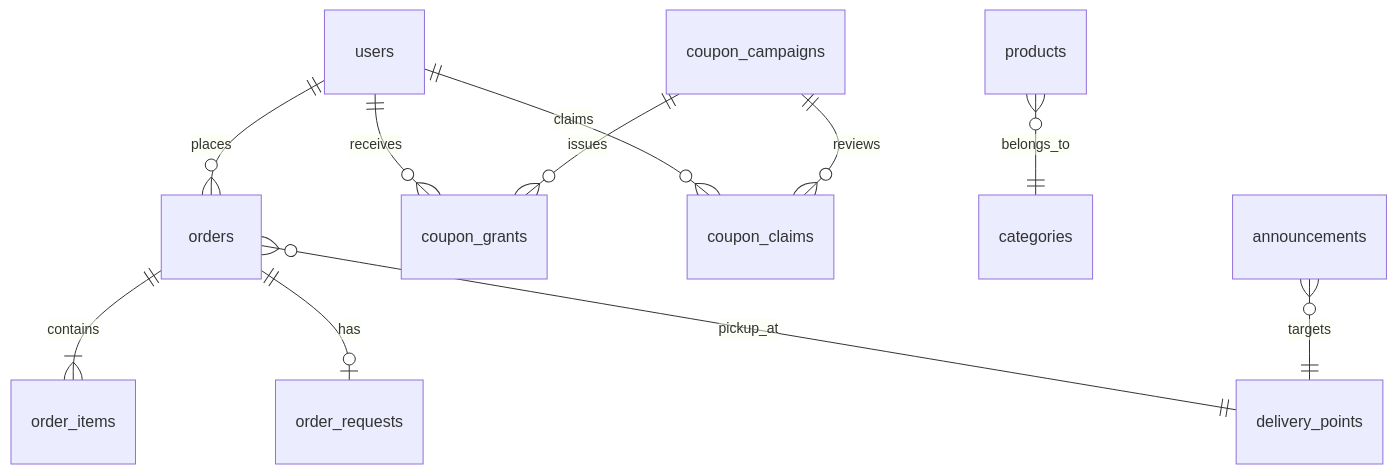
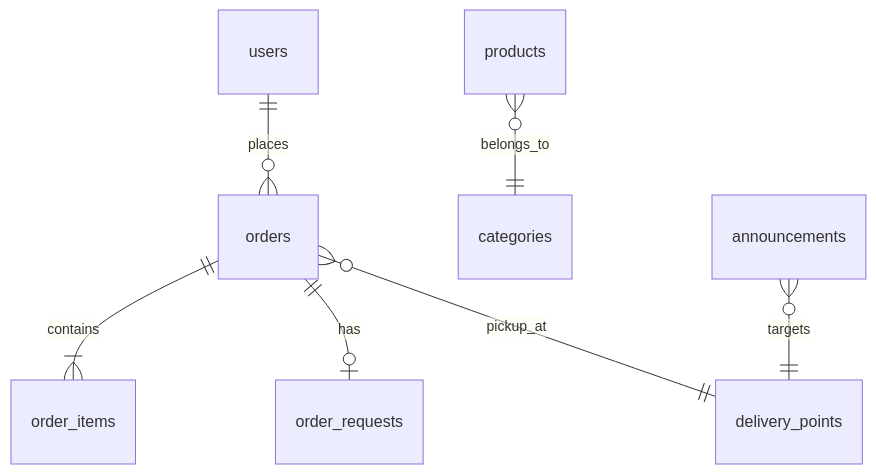
One commit to Rcorange29/order-system changed the second of 4 diagrams in README.md. Above: the diagram before and after it, drawn with Mermaid. The commit also changed other lines of this file and 16 other files, not shown here.

````diff
--- a/README.md
+++ b/README.md
@@ -68,13 +68,9 @@
 ```mermaid
 erDiagram
     users ||--o{ orders : places
-    users ||--o{ coupon_grants : receives
-    users ||--o{ coupon_claims : claims
     orders ||--|{ order_items : contains
     orders ||--o| order_requests : has
     products }o--|| categories : belongs_to
     orders }o--|| delivery_points : pickup_at
     announcements }o--|| delivery_points : targets
-    coupon_campaigns ||--o{ coupon_grants : issues
-    coupon_campaigns ||--o{ coupon_claims : reviews
 ```
````
